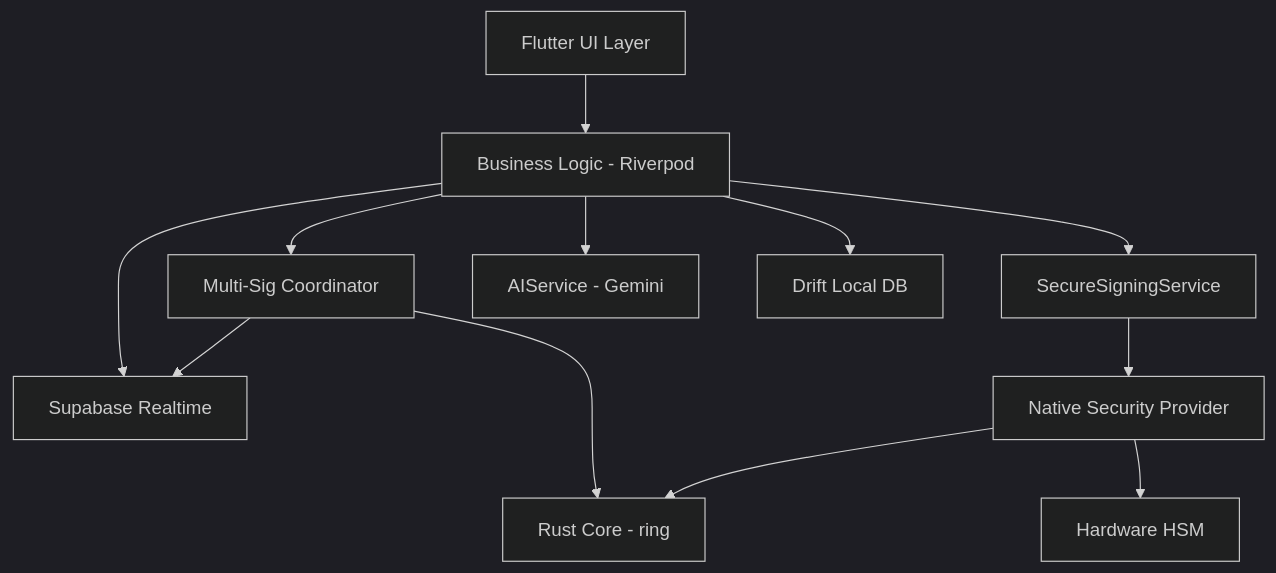
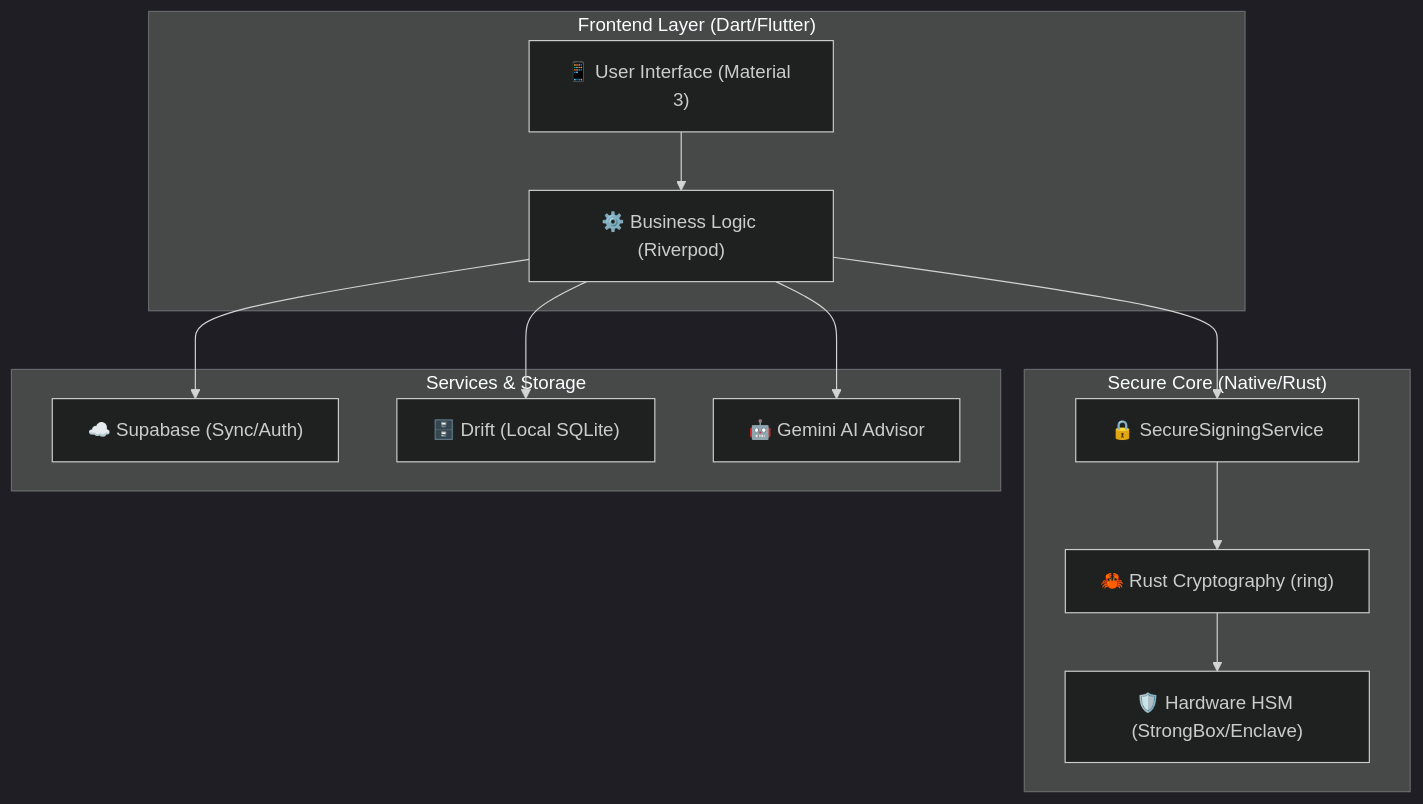
Before and after one commit to devmilang99/NeRuWallet: the first of 3 diagrams in README.md, drawn with Mermaid (dark theme). The commit also changed other lines of this file and 2 other files, not shown here.

Commit message:
changes: Rust based cryptography fix and optimization made for ios , Readme updated

````diff
--- a/README.md
+++ b/README.md
@@ -50,15 +52,27 @@
 ```mermaid
 graph TD
-    UI[Flutter UI Layer] --> BL[Business Logic - Riverpod]
-    BL --> SS[SecureSigningService]
-    BL --> MS[Multi-Sig Coordinator]
-    BL --> AS[AIService - Gemini]
-    MS --> SB[Supabase Realtime]
-    SS --> NS[Native Security Provider]
-    NS --> RS[Rust Core - ring]
-    NS --> HSM[Hardware HSM]
-    BL --> DB[Drift Local DB]
+    subgraph "Frontend Layer (Dart/Flutter)"
+        UI["📱 User Interface (Material 3)"]
+        BL["⚙️ Business Logic (Riverpod)"]
+    end
+
+    subgraph "Secure Core (Native/Rust)"
+        SC["🔒 SecureSigningService"]
+        RS["🦀 Rust Cryptography (ring)"]
+        HSM["🛡️ Hardware HSM (StrongBox/Enclave)"]
+    end
+
+    subgraph "Services & Storage"
+        SB["☁️ Supabase (Sync/Auth)"]
+        DB["🗄️ Drift (Local SQLite)"]
+        AI["🤖 Gemini AI Advisor"]
+    end
+
+    UI --> BL
+    BL --> SC
+    SC --> RS
+    RS --> HSM
     BL --> SB
-    MS --> RS
-
+    BL --> DB
+    BL --> AI
 ```
````
